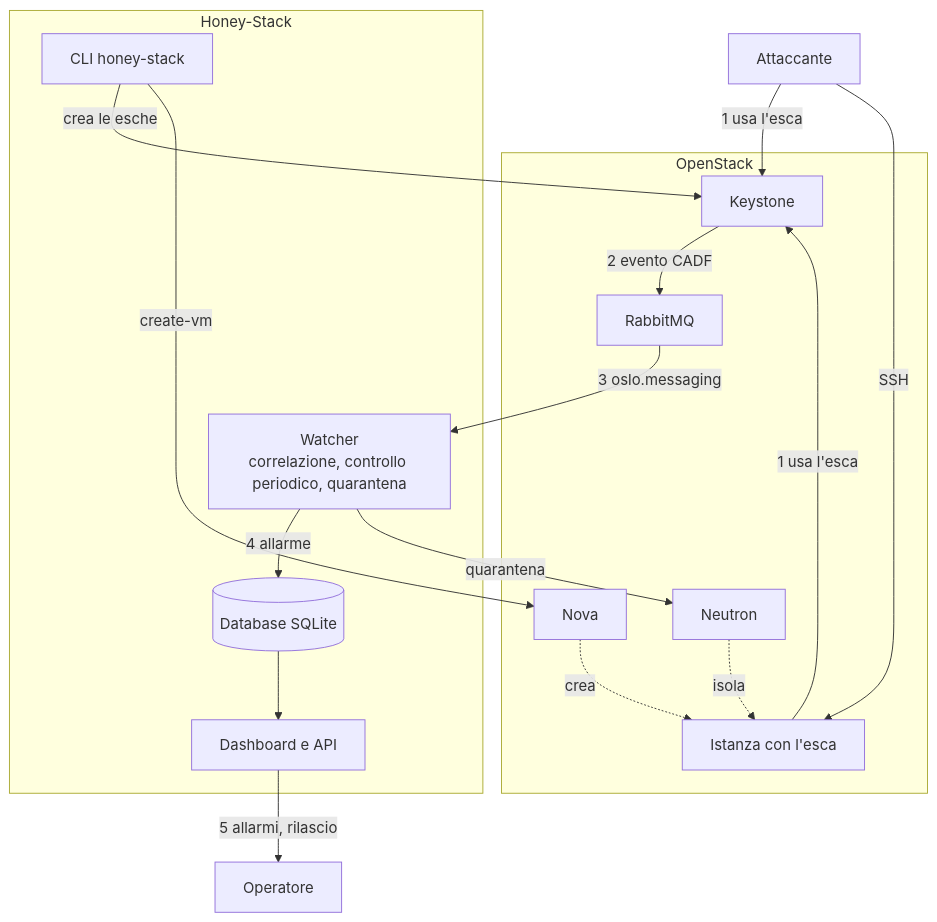
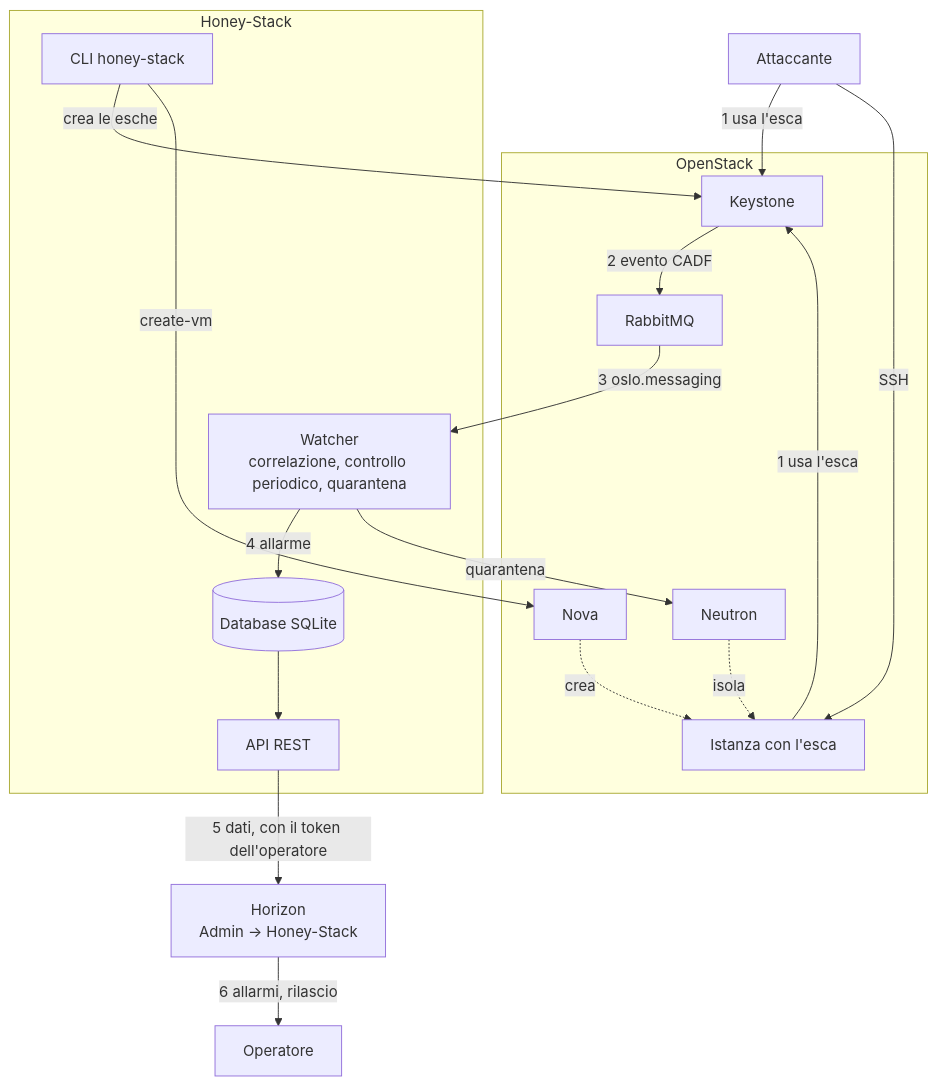
One commit to BenedettoPio/honey-stack changed the diagram in README.md. Above: the diagram before and after it, drawn with Mermaid. The commit also changed other lines of this file and 39 other files, not shown here.

Commit message:
Integrazione con Horizon: pannelli Admin -> Honey-Stack (Allarmi, Honeytoken, Quarantene); porta 5050 solo API REST

````diff
--- a/README.md
+++ b/README.md
@@ -13,29 +13,31 @@
 ```mermaid
 flowchart TB
     A["Attaccante"]
     subgraph OS["OpenStack"]
         K["Keystone"] -->|"2 evento CADF"| R["RabbitMQ"]
         NV["Nova"]
         N["Neutron"]
         VM["Istanza con l'esca"]
     end
     subgraph HS["Honey-Stack"]
         G["CLI honey-stack"]
         W["Watcher<br/>correlazione, controllo periodico, quarantena"]
         DB[("Database SQLite")]
-        D["Dashboard e API"]
+        D["API REST"]
     end
+    H["Horizon<br/>Admin → Honey-Stack"]
     O["Operatore"]
     A -->|"1 usa l'esca"| K
     A -->|"SSH"| VM
     VM -->|"1 usa l'esca"| K
     R -->|"3 oslo.messaging"| W
     W -->|"4 allarme"| DB
     DB --> D
-    D -->|"5 allarmi, rilascio"| O
+    D -->|"5 dati, con il token dell'operatore"| H
+    H -->|"6 allarmi, rilascio"| O
     W -->|"quarantena"| N
     N -.->|"isola"| VM
     G -->|"crea le esche"| K
     G -->|"create-vm"| NV
     NV -.->|"crea"| VM
 ```
````
